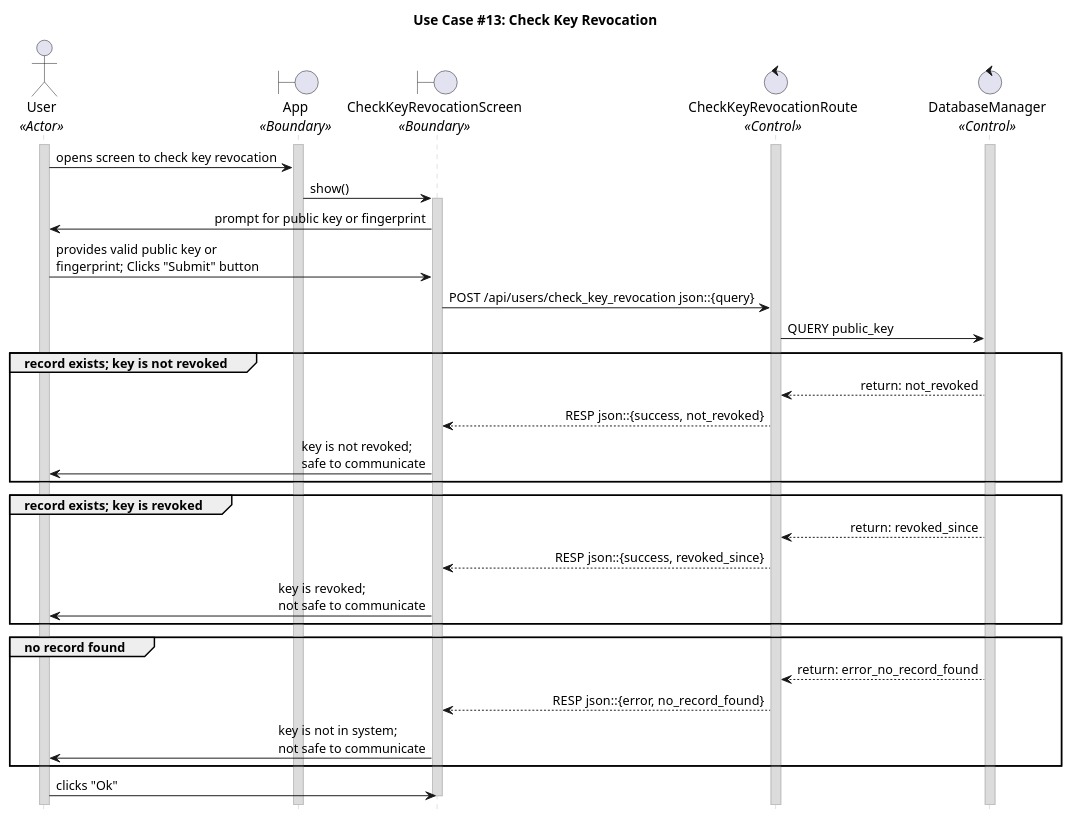
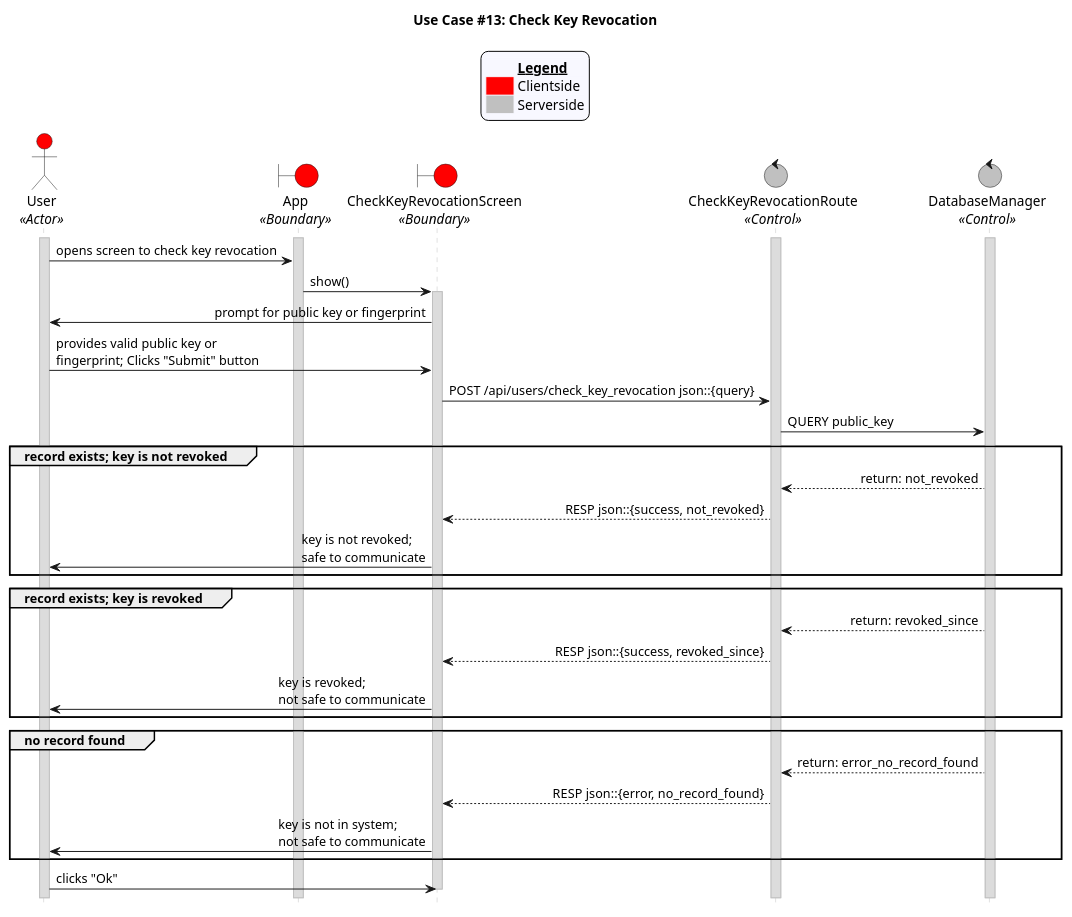
One commit to CECS-491-SP24-Group-1/seq-diagrams changed the diagram in uc_13.puml. Above: the diagram before and after it, drawn with PlantUML. The commit also changed 8 other files, not shown here.

Commit message:
Add legends to the diagrams

```diff
--- a/uc_13.puml
+++ b/uc_13.puml
@@ -1,66 +1,78 @@
 @startuml uc13
 title "Use Case #13: Check Key Revocation"
 
 'Styling goes here
 hide footbox
 skinparam stereotypePosition bottom
 skinparam sequenceMessageAlign direction
 skinparam sequence {
 	LifeLineBorderColor #Silver
 	LifeLineBackgroundColor #Gainsboro
 }
 
+'Add a legend plus styling
+skinparam legend {
+	backgroundColor #GhostWhite
+	entrySeparator #GhostWhite
+}
+
+legend top
+	<#GhostWhite,#GhostWhite>|	|= __Legend__ |
+	|<#red> | Clientside|
+	|<#silver> | Serverside|
+endlegend
+
 'Setup the objects involved here
-actor User as u <<Actor>>
-boundary App as a <<Boundary>>
-boundary CheckKeyRevocationScreen as krs <<Boundary>>
-control CheckKeyRevocationRoute as krr <<Control>>
-control DatabaseManager as dbm <<Control>>
+actor User as u <<Actor>> #red
+boundary App as a <<Boundary>> #red
+boundary CheckKeyRevocationScreen as krs <<Boundary>> #red
+control CheckKeyRevocationRoute as krr <<Control>> #silver
+control DatabaseManager as dbm <<Control>> #silver
 
 'Setup persistent objects here
 activate u
 activate a
 activate krr
 activate dbm
 
 '--- FLOW OF CONTROL STARTS HERE ---
 'The user sends the key to the server.
 u -> a: opens screen to check key revocation
 a -> krs: show()
 activate krs
 krs -> u: prompt for public key or fingerprint
 u -> krs: provides valid public key or \nfingerprint; Clicks "Submit" button
 
 'The server queries the revocation database for the key.
 krs -> krr: POST /api/users/check_key_revocation json::{query}
 krr -> dbm: QUERY public_key
 
 'The server responds back with the revocation status of the key.
 group record exists; key is not revoked
 
 	dbm --> krr: return: not_revoked
 	krr --> krs: RESP json::{success, not_revoked}
 	krs -> u: key is not revoked; \nsafe to communicate
 end
 group record exists; key is revoked
 
 	dbm --> krr: return: revoked_since
 	krr --> krs: RESP json::{success, revoked_since}
 	krs -> u: key is revoked; \nnot safe to communicate
 end
 
 'If no response from the database, then “indeterminate” is sent instead.
 group no record found
 
 	dbm --> krr: return: error_no_record_found
 	krr --> krs: RESP json::{error, no_record_found}
 	krs -> u: key is not in system; \nnot safe to communicate
 
 end
 
 'Cleanup
 u -> krs: clicks "Ok"
 deactivate krs
 '--- FLOW OF CONTROL ENDS HERE   ---
 
 @enduml
```
